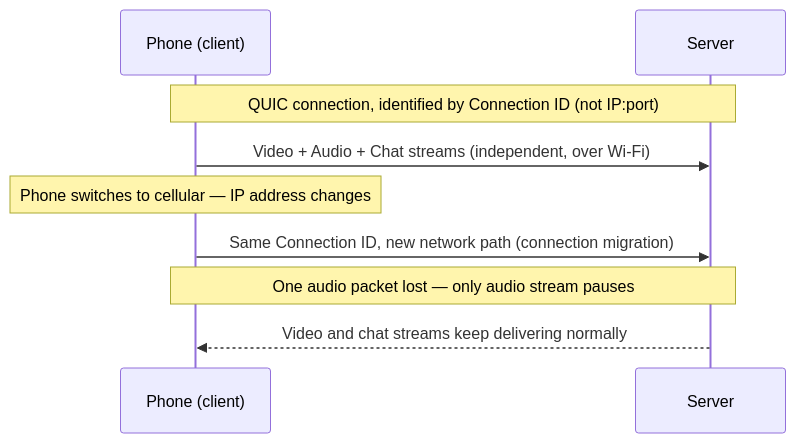
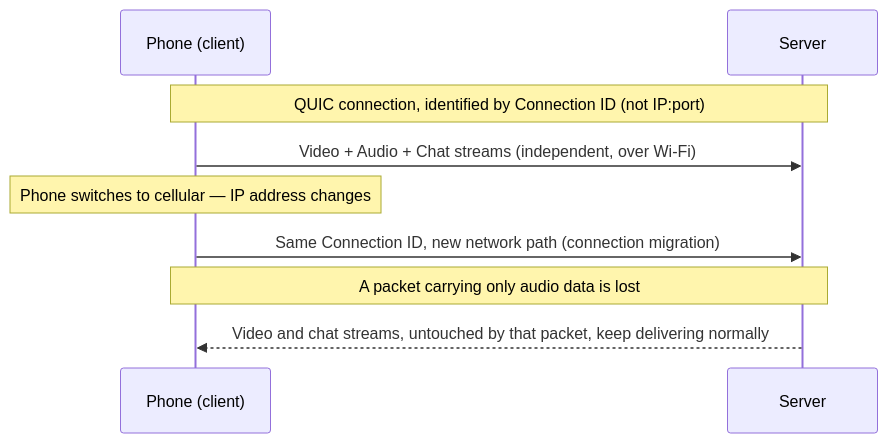
Before and after one commit to alessandrobessi/thinking-in-packets: the diagram in book/part-5-speed-scale-and-modern-protocols/24-rebuilding-transport-for-the-modern-web.md, drawn with Mermaid. The commit also changed other lines of this file and 19 other files, not shown here.

````diff
--- a/book/part-5-speed-scale-and-modern-protocols/24-rebuilding-transport-for-the-modern-web.md
+++ b/book/part-5-speed-scale-and-modern-protocols/24-rebuilding-transport-for-the-modern-web.md
@@ -49,11 +49,11 @@
 ```mermaid
 sequenceDiagram
     participant P as Phone (client)
     participant S as Server
     Note over P,S: QUIC connection, identified by Connection ID (not IP:port)
     P->>S: Video + Audio + Chat streams (independent, over Wi-Fi)
     Note over P: Phone switches to cellular — IP address changes
     P->>S: Same Connection ID, new network path (connection migration)
-    Note over P,S: One audio packet lost — only audio stream pauses
-    S-->>P: Video and chat streams keep delivering normally
+    Note over P,S: A packet carrying only audio data is lost
+    S-->>P: Video and chat streams, untouched by that packet, keep delivering normally
 ```
````
